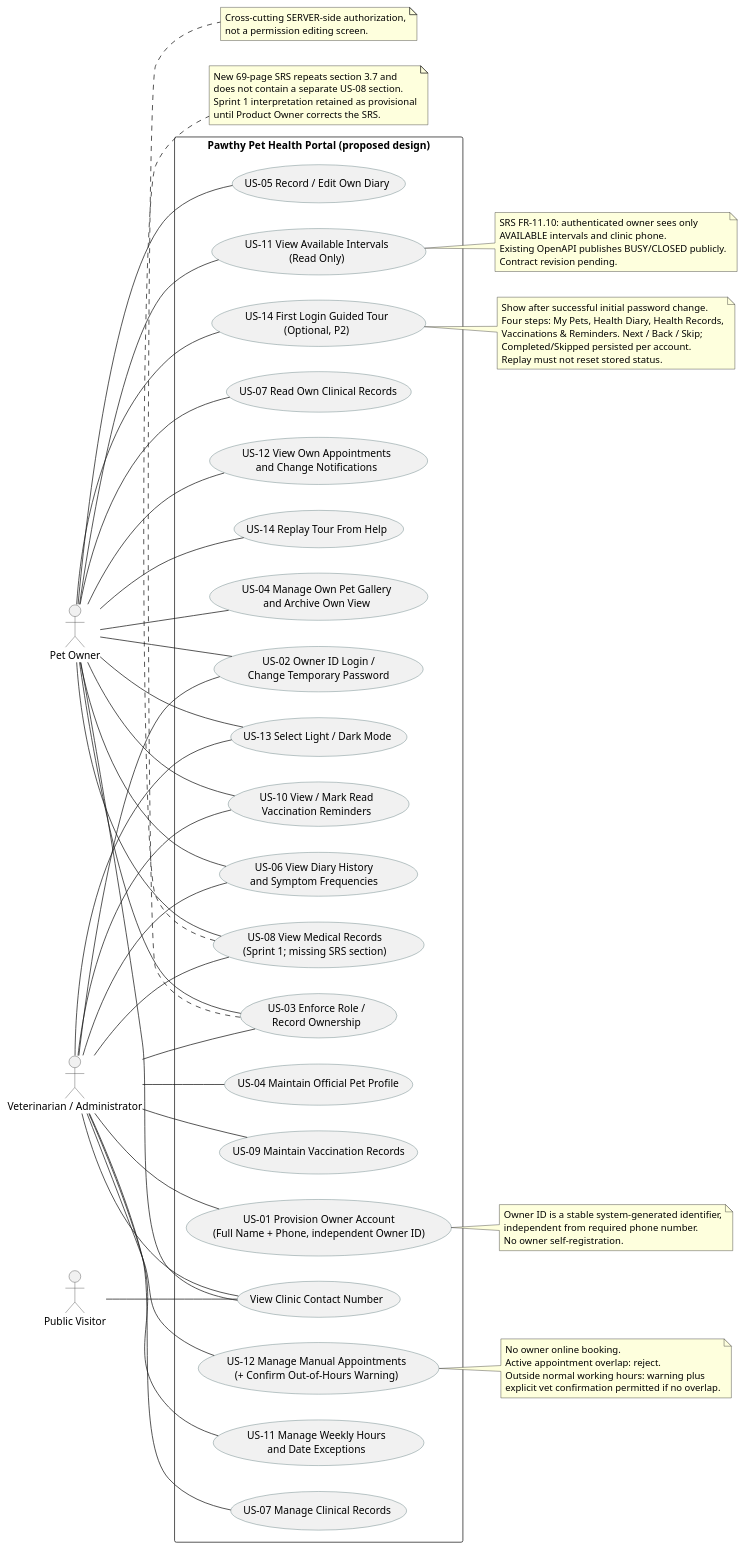
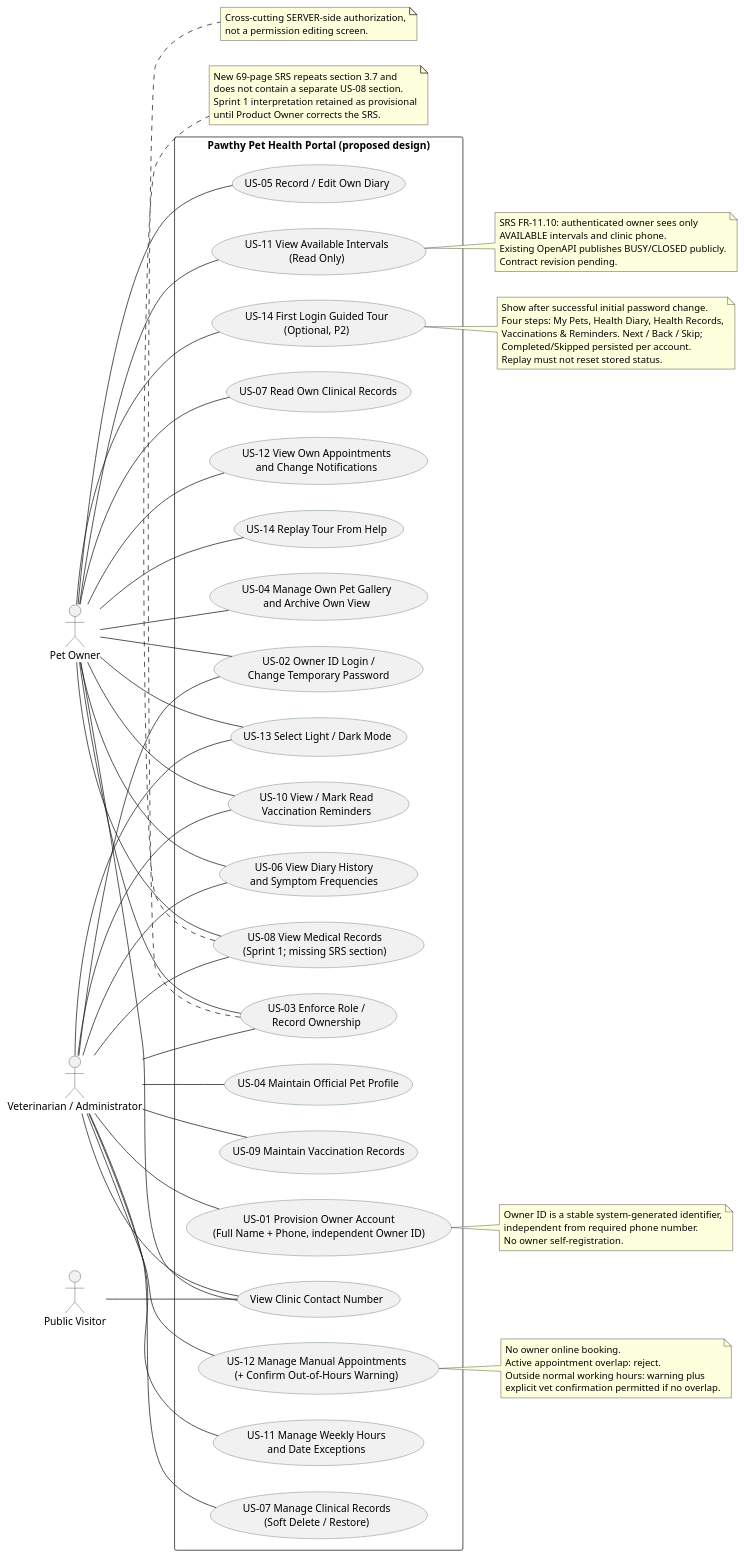
Before and after one commit to Efesen10/Pawthy: the diagram in docs/uml-diagrams/use-cases.puml, drawn with PlantUML.

Commit message:
docs: clarify clinical soft-delete/restore in review evidence

```diff
--- a/docs/uml-diagrams/use-cases.puml
+++ b/docs/uml-diagrams/use-cases.puml
@@ -1,97 +1,97 @@
 @startuml Pawthy_Use_Cases_Sprint2_SRS_20261120
 left to right direction
 skinparam packageStyle rectangle
 skinparam usecaseBorderColor #45676A
 skinparam actorBorderColor #333333
 
 actor "Pet Owner" as Owner
 actor "Veterinarian / Administrator" as Vet
 actor "Public Visitor" as Public
 
 rectangle "Pawthy Pet Health Portal (proposed design)" {
  usecase "US-01 Provision Owner Account\n(Full Name + Phone, independent Owner ID)" as UC01
  usecase "US-02 Owner ID Login /\nChange Temporary Password" as UC02
  usecase "US-03 Enforce Role /\nRecord Ownership" as UC03
  usecase "US-04 Maintain Official Pet Profile" as UC04
  usecase "US-04 Manage Own Pet Gallery\nand Archive Own View" as UC04O
  usecase "US-05 Record / Edit Own Diary" as UC05
  usecase "US-06 View Diary History\nand Symptom Frequencies" as UC06
- usecase "US-07 Manage Clinical Records" as UC07
+ usecase "US-07 Manage Clinical Records\n(Soft Delete / Restore)" as UC07
  usecase "US-07 Read Own Clinical Records" as UC07O
  usecase "US-08 View Medical Records\n(Sprint 1; missing SRS section)" as UC08
  usecase "US-09 Maintain Vaccination Records" as UC09
  usecase "US-10 View / Mark Read\nVaccination Reminders" as UC10
  usecase "US-11 Manage Weekly Hours\nand Date Exceptions" as UC11V
  usecase "US-11 View Available Intervals\n(Read Only)" as UC11O
  usecase "US-12 Manage Manual Appointments\n(+ Confirm Out-of-Hours Warning)" as UC12V
  usecase "US-12 View Own Appointments\nand Change Notifications" as UC12O
  usecase "US-13 Select Light / Dark Mode" as UC13
  usecase "US-14 First Login Guided Tour\n(Optional, P2)" as UC14
  usecase "US-14 Replay Tour From Help" as UC14R
  usecase "View Clinic Contact Number" as UCC
 }
 
 Vet -- UC01
 Vet -- UC02
 Owner -- UC02
 Vet -- UC03
 Owner -- UC03
 Vet -- UC04
 Owner -- UC04O
 Owner -- UC05
 Owner -- UC06
 Vet -- UC06
 Vet -- UC07
 Owner -- UC07O
 Owner -- UC08
 Vet -- UC08
 Vet -- UC09
 Owner -- UC10
 Vet -- UC10
 Vet -- UC11V
 Owner -- UC11O
 Vet -- UC12V
 Owner -- UC12O
 Owner -- UC13
 Vet -- UC13
 Owner -- UC14
 Owner -- UC14R
 Owner -- UCC
 Vet -- UCC
 Public -- UCC
 
 note right of UC01
  Owner ID is a stable system-generated identifier,
  independent from required phone number.
  No owner self-registration.
 end note
 note right of UC11O
  SRS FR-11.10: authenticated owner sees only
  AVAILABLE intervals and clinic phone.
  Existing OpenAPI publishes BUSY/CLOSED publicly.
  Contract revision pending.
 end note
 note right of UC12V
  No owner online booking.
  Active appointment overlap: reject.
  Outside normal working hours: warning plus
  explicit vet confirmation permitted if no overlap.
 end note
 note right of UC14
  Show after successful initial password change.
  Four steps: My Pets, Health Diary, Health Records,
  Vaccinations & Reminders. Next / Back / Skip;
  Completed/Skipped persisted per account.
  Replay must not reset stored status.
 end note
 note bottom of UC08
  New 69-page SRS repeats section 3.7 and
  does not contain a separate US-08 section.
  Sprint 1 interpretation retained as provisional
  until Product Owner corrects the SRS.
 end note
 note bottom of UC03
  Cross-cutting SERVER-side authorization,
  not a permission editing screen.
 end note
 @enduml
```
